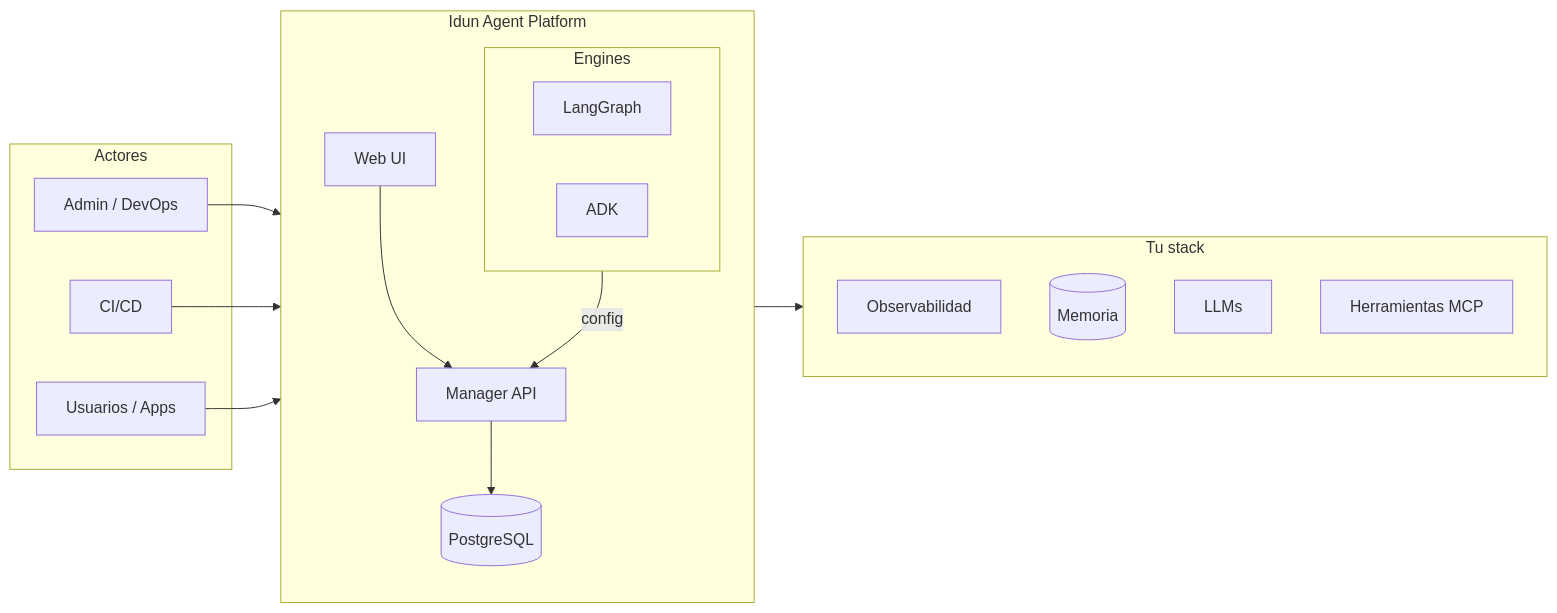
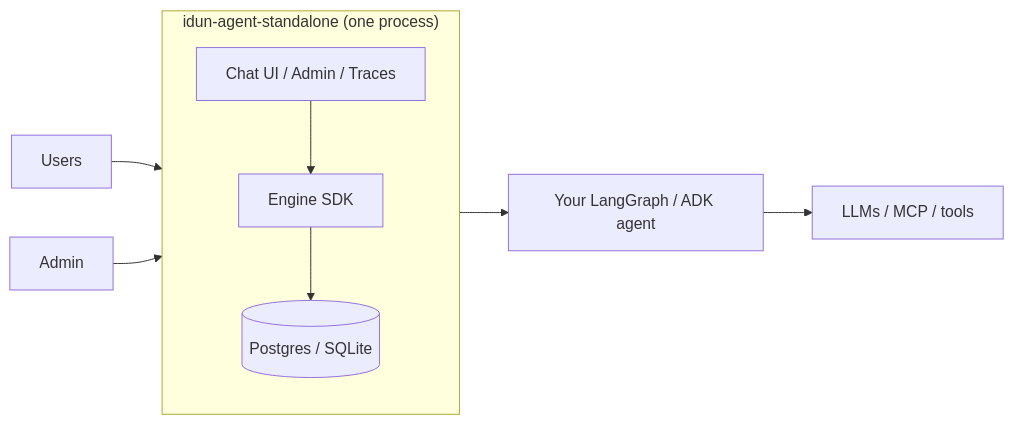
The diagram in docs/readme/README.es.md (Idun-Group/idun-agent-platform), drawn with Mermaid before and after one commit. The commit also changed other lines of this file and 1431 other files, not shown here.

````diff
--- a/docs/readme/README.es.md
+++ b/docs/readme/README.es.md
@@ -160,31 +137,12 @@
 ```mermaid
 flowchart LR
-  subgraph Actores
-    Users["Usuarios / Apps"]
-    Admin["Admin / DevOps"]
-    CICD["CI/CD"]
+  subgraph Idun["idun-agent-standalone (one process)"]
+    direction TB
+    UI["Chat UI / Admin / Traces"] --> ENG["Engine SDK"]
+    ENG --> DB[(Postgres / SQLite)]
   end
-
-  subgraph Platform["Idun Agent Platform"]
-    direction TB
-    UI["Web UI"]
-    MGR["Manager API"]
-    subgraph Engines["Engines"]
-      ENG1["LangGraph"]
-      ENG2["ADK"]
-    end
-    DB[(PostgreSQL)]
-  end
-
-  subgraph Infra["Tu stack"]
-    OBS["Observabilidad"]
-    MEM[(Memoria)]
-    LLM["LLMs"]
-    TOOLS["Herramientas MCP"]
-  end
-
-  Admin --> UI --> MGR --> DB
-  Engines -- "config" --> MGR
-  CICD --> Engines
-  Users --> Engines --> Infra
+  Users --> UI
+  Admin --> UI
+  ENG --> Agent["Your LangGraph / ADK agent"]
+  Agent --> LLM["LLMs / MCP / tools"]
 ```
````
